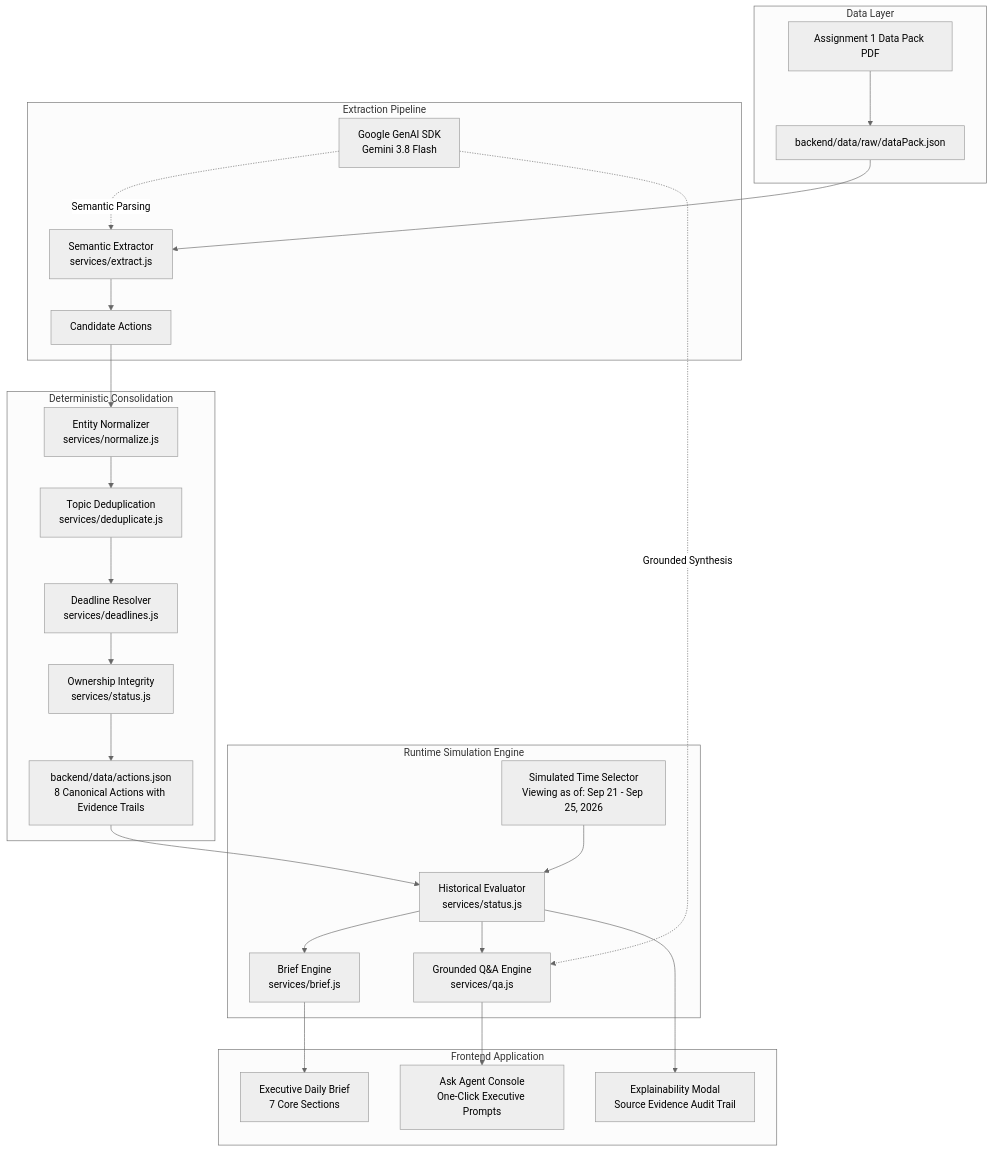
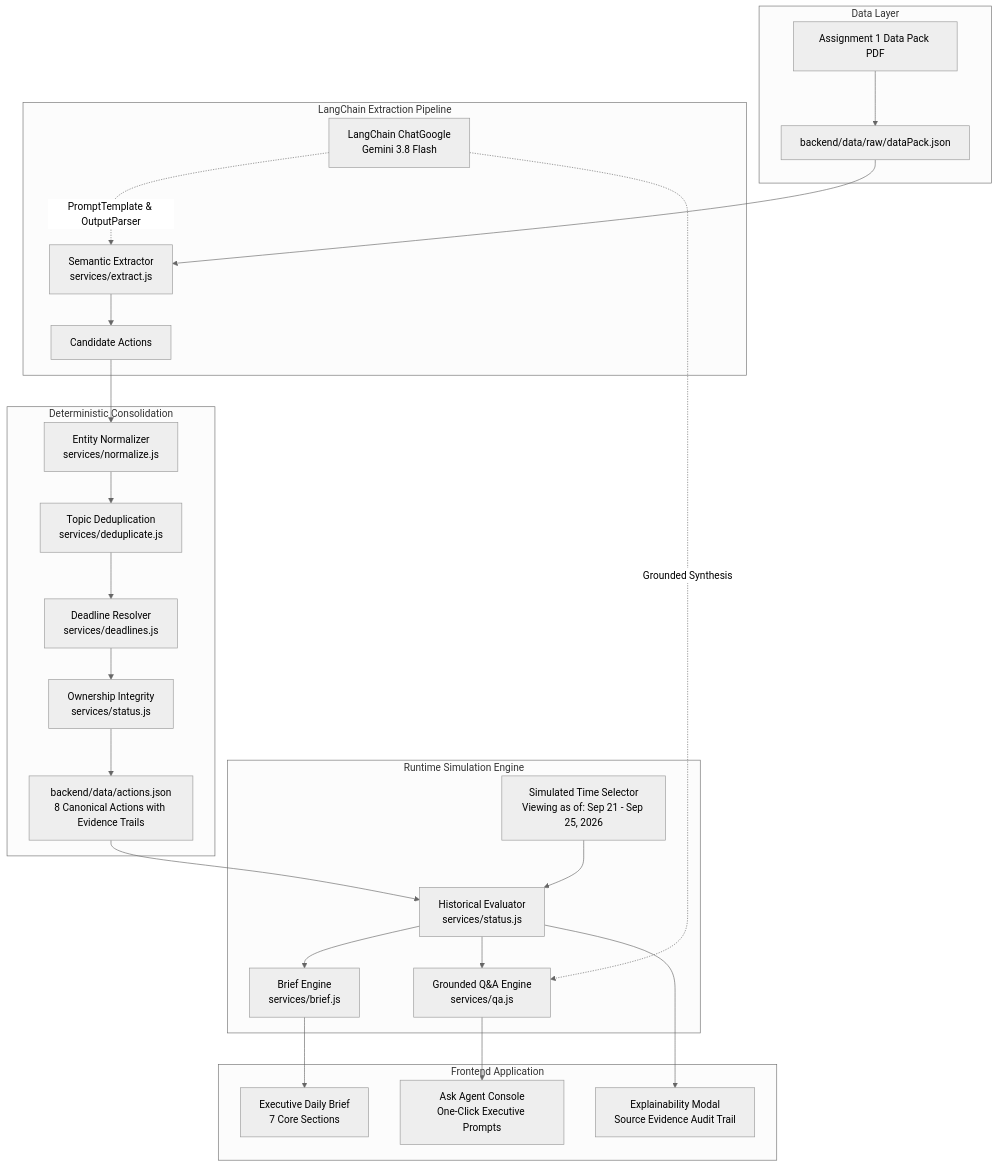
The diagram in docs/ARCHITECTURE.md (nitin0001-git/AIONOS-Executive-Productivity-Agent-LangChain), drawn with Mermaid (neutral theme) before and after one commit. The commit also changed other lines of this file and 20 other files, not shown here.

Commit message:
Add LangChain version of Executive Productivity Agent

````diff
--- a/docs/ARCHITECTURE.md
+++ b/docs/ARCHITECTURE.md
@@ -42,34 +42,34 @@
 ```mermaid
 flowchart TD
     subgraph Data Layer
         PDF[Assignment 1 Data Pack PDF] --> RAW_JSON[backend/data/raw/dataPack.json]
     end
 
-    subgraph Extraction Pipeline
+    subgraph LangChain Extraction Pipeline
         RAW_JSON --> EXT[Semantic Extractor<br/>services/extract.js]
-        LLM[Google GenAI SDK<br/>Gemini 3.8 Flash] -.->|Semantic Parsing| EXT
+        LLM[LangChain ChatGoogle<br/>Gemini 3.8 Flash] -.->|PromptTemplate & OutputParser| EXT
         EXT --> CAND[Candidate Actions]
     end
 
     subgraph Deterministic Consolidation
         CAND --> NORM[Entity Normalizer<br/>services/normalize.js]
         NORM --> DEDUP[Topic Deduplication<br/>services/deduplicate.js]
         DEDUP --> DLR[Deadline Resolver<br/>services/deadlines.js]
         DLR --> OWN[Ownership Integrity<br/>services/status.js]
         OWN --> CANONICAL[backend/data/actions.json<br/>8 Canonical Actions with Evidence Trails]
     end
 
     subgraph Runtime Simulation Engine
         AS_OF[Simulated Time Selector<br/>Viewing as of: Sep 21 - Sep 25, 2026] --> STATUS_EVAL[Historical Evaluator<br/>services/status.js]
         CANONICAL --> STATUS_EVAL
         STATUS_EVAL --> BRIEF[Brief Engine<br/>services/brief.js]
         STATUS_EVAL --> QA[Grounded Q&A Engine<br/>services/qa.js]
         LLM -.->|Grounded Synthesis| QA
     end
 
     subgraph Frontend Application
         BRIEF --> UI_BRIEF[Executive Daily Brief<br/>7 Core Sections]
         QA --> UI_QA[Ask Agent Console<br/>One-Click Executive Prompts]
         STATUS_EVAL --> MODAL[Explainability Modal<br/>Source Evidence Audit Trail]
     end
 ```
````
